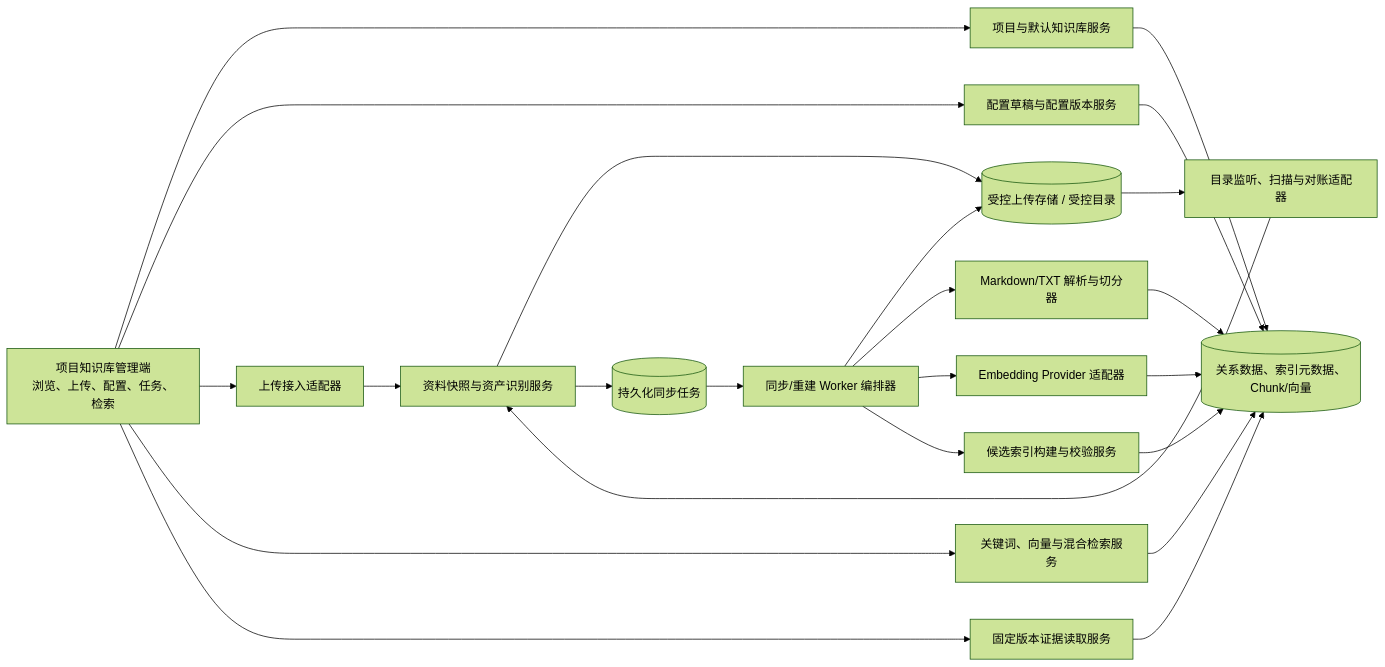
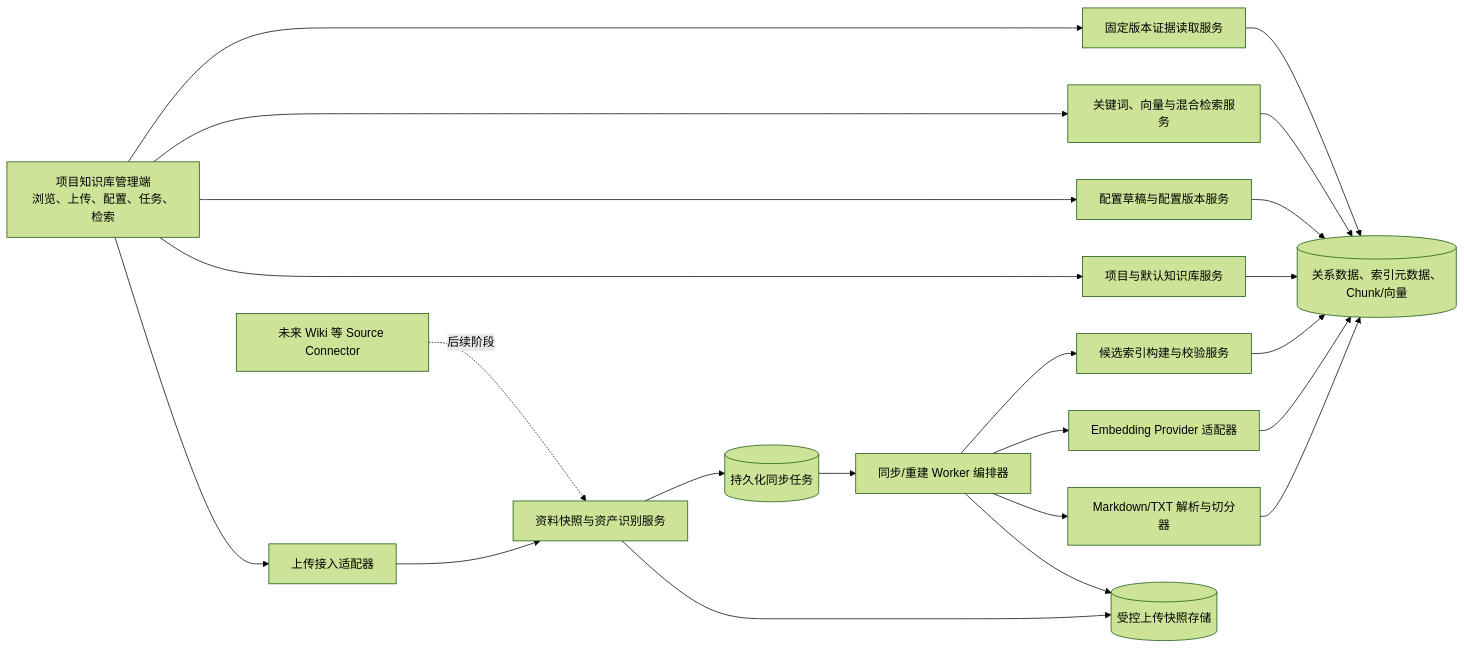
Before and after one commit to lishilei123/SmartHub: the first of 6 diagrams in 架构设计/第一期-项目知识库构建与配置架构设计.md, drawn with Mermaid (forest theme). The commit also changed other lines of this file and 18 other files, not shown here.

````diff
--- a/架构设计/第一期-项目知识库构建与配置架构设计.md
+++ b/架构设计/第一期-项目知识库构建与配置架构设计.md
@@ -212,41 +212,40 @@
 ```mermaid
 flowchart LR
   UI[项目知识库管理端\n浏览、上传、配置、任务、检索]
   Project[项目与默认知识库服务]
   Config[配置草稿与配置版本服务]
   Upload[上传接入适配器]
-  Watcher[目录监听、扫描与对账适配器]
+  Connector[未来 Wiki 等 Source Connector]
   Snapshot[资料快照与资产识别服务]
   Jobs[(持久化同步任务)]
   Worker[同步/重建 Worker 编排器]
   Parser[Markdown/TXT 解析与切分器]
   Embed[Embedding Provider 适配器]
   Index[候选索引构建与校验服务]
   Search[关键词、向量与混合检索服务]
   Evidence[固定版本证据读取服务]
   DB[(关系数据、索引元数据、Chunk/向量)]
-  Source[(受控上传存储 / 受控目录)]
+  Source[(受控上传快照存储)]
 
   UI --> Project
   UI --> Config
   UI --> Upload
   UI --> Search
   UI --> Evidence
   Upload --> Snapshot
-  Watcher --> Snapshot
-  Source --> Watcher
+  Connector -. 后续阶段 .-> Snapshot
   Snapshot --> Source
   Snapshot --> Jobs
   Jobs --> Worker
   Worker --> Source
   Worker --> Parser
   Worker --> Embed
   Worker --> Index
   Parser --> DB
   Embed --> DB
   Index --> DB
   Project --> DB
   Config --> DB
   Search --> DB
   Evidence --> DB
 ```
````
